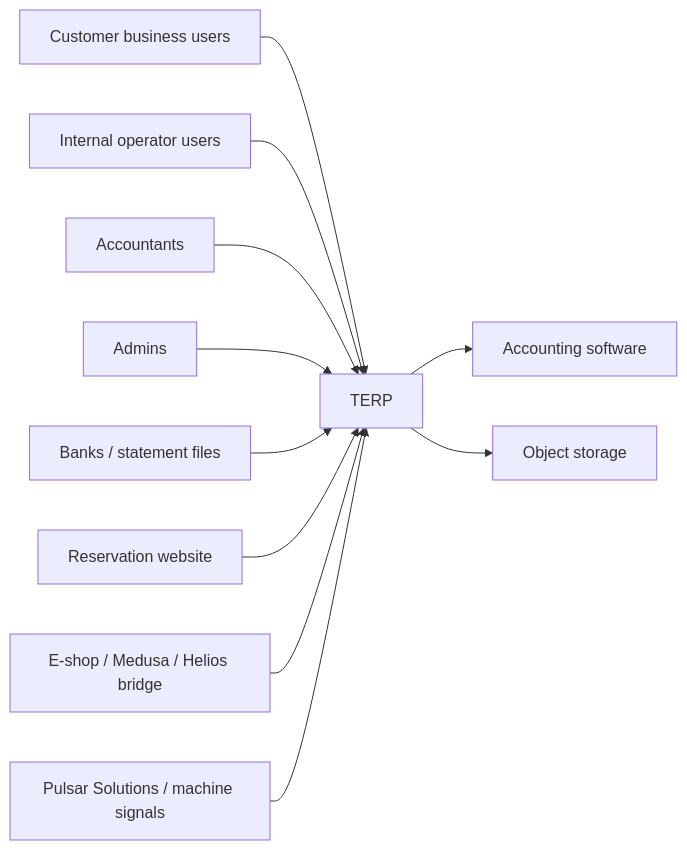
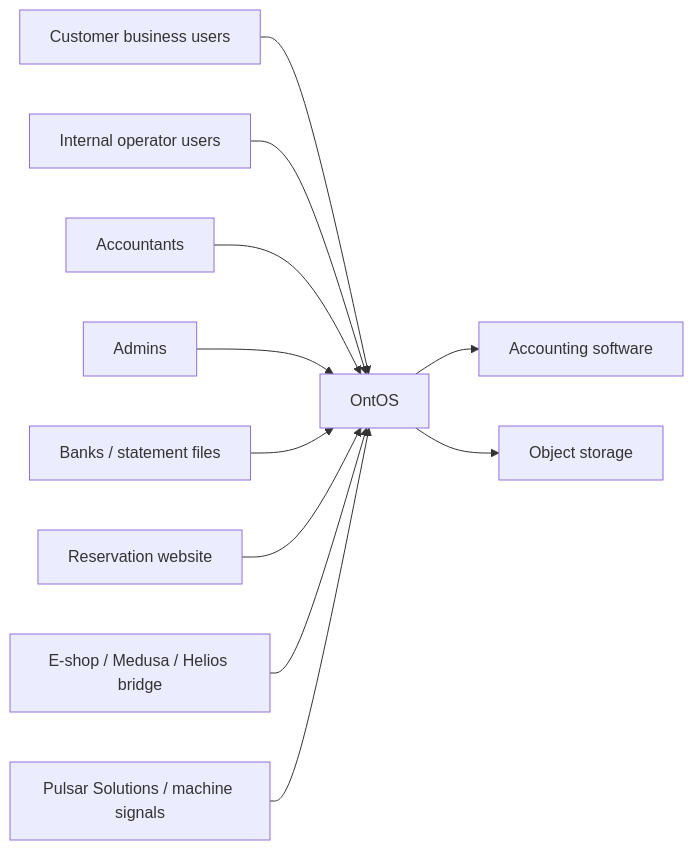
One commit to TechsioCZ/ontos changed the diagram in diagrams/c4-L1-context.mmd. Above: the diagram before and after it, drawn with Mermaid. The commit also changed 28 other files, not shown here.

First line of the commit message:
Rename architecture pack to OntOS

```diff
--- a/diagrams/c4-L1-context.mmd
+++ b/diagrams/c4-L1-context.mmd
@@ -1,23 +1,23 @@
 flowchart LR
   users[Customer business users]
   internal[Internal operator users]
   acct[Accountants]
   admin[Admins]
-  terp[TERP]
+  ontos[OntOS]
   accsw[Accounting software]
   bank[Banks / statement files]
   resweb[Reservation website]
   shop[E-shop / Medusa / Helios bridge]
   pulsar[Pulsar Solutions / machine signals]
   storage[Object storage]
 
-  users --> terp
-  internal --> terp
-  acct --> terp
-  admin --> terp
-  terp --> accsw
-  bank --> terp
-  resweb --> terp
-  shop --> terp
-  pulsar --> terp
-  terp --> storage
+  users --> ontos
+  internal --> ontos
+  acct --> ontos
+  admin --> ontos
+  ontos --> accsw
+  bank --> ontos
+  resweb --> ontos
+  shop --> ontos
+  pulsar --> ontos
+  ontos --> storage
```
